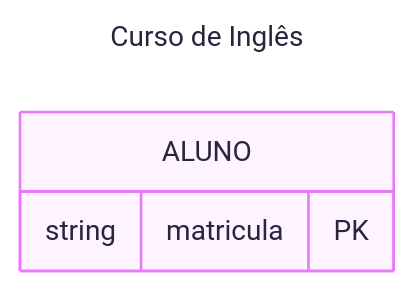
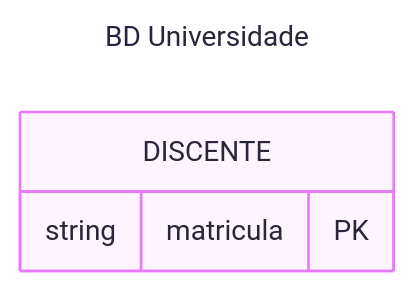
One commit to Diego-Axel/bancoDeDados changed the diagram in atividades/tarefa02/modelagem/bdUniversidade.mermaid. Above: the diagram before and after it, drawn with Mermaid.

```diff
--- a/atividades/tarefa02/modelagem/bdUniversidade.mermaid
+++ b/atividades/tarefa02/modelagem/bdUniversidade.mermaid
@@ -1,11 +1,11 @@
 ---
 config:
   layout: dagre
   theme: redux-color
-title: Curso de Inglês
+title: BD Universidade
 ---
 erDiagram
     direction TB
-    ALUNO {
+    DISCENTE {
         string matricula PK ""
     }
```
